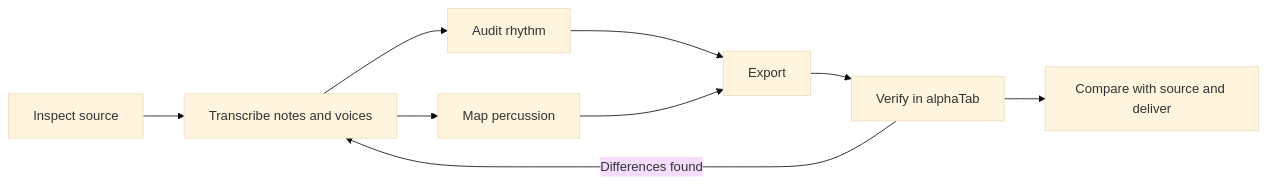
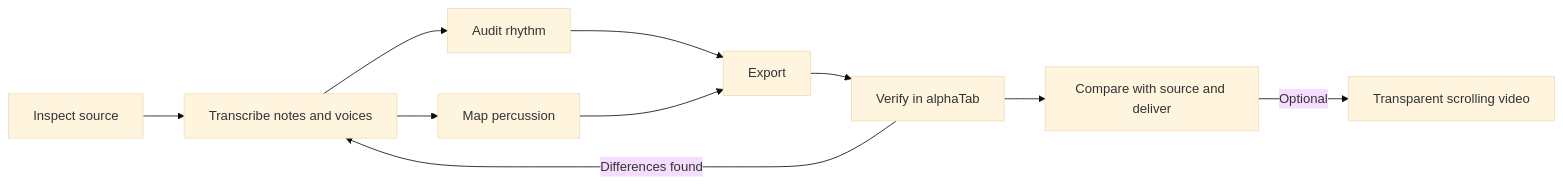
The diagram in README.en.md (elfgzp/guitar-pro-skills), drawn with Mermaid (base theme) before and after one commit. The commit also changed other lines of this file and 23 other files, not shown here.

Commit message:
Add guitar arrangement and standalone transparent score video skills

````diff
--- a/README.en.md
+++ b/README.en.md
@@ -134,11 +169,12 @@
 ```mermaid
 flowchart LR
     A[Inspect source] --> B[Transcribe notes and voices]
     B --> C[Audit rhythm]
     B --> D[Map percussion]
     C --> E[Export]
     D --> E
     E --> F[Verify in alphaTab]
     F --> G[Compare with source and deliver]
+    G -->|Optional| H[Transparent scrolling video]
     F -->|Differences found| B
 ```
````
